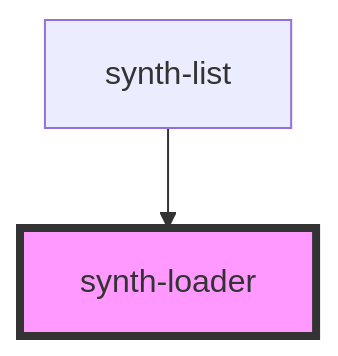
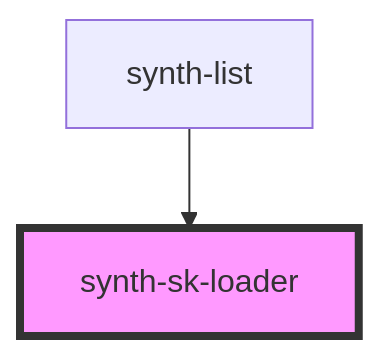
Before and after one commit to adrianiy/synth-ui: the diagram in packages/synth-components/src/components/skeleton-loader/readme.md, drawn with Mermaid. The commit also changed 22 other files, not shown here.

````diff
--- a/packages/synth-components/src/components/skeleton-loader/readme.md
+++ b/packages/synth-components/src/components/skeleton-loader/readme.md
@@ -23,5 +23,5 @@
 ```mermaid
 graph TD;
-  synth-list --> synth-loader
-  style synth-loader fill:#f9f,stroke:#333,stroke-width:4px
+  synth-list --> synth-sk-loader
+  style synth-sk-loader fill:#f9f,stroke:#333,stroke-width:4px
 ```
````
